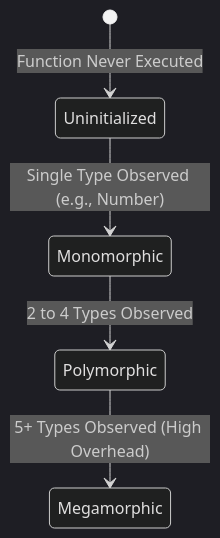
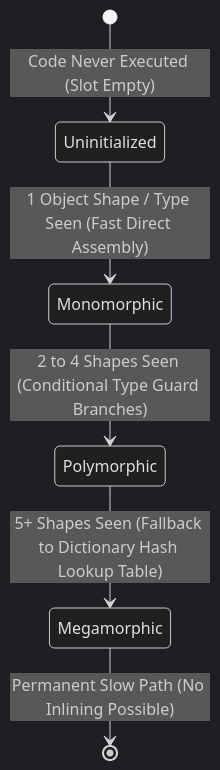
One commit to Amie-dev/engineering-playbook changed the second of 4 diagrams in js-internals/03-compilation-pipeline.md. Above: the diagram before and after it, drawn with Mermaid (dark theme). The commit also changed other lines of this file and 17 other files, not shown here.

````diff
--- a/js-internals/03-compilation-pipeline.md
+++ b/js-internals/03-compilation-pipeline.md
@@ -49,7 +70,8 @@
 ```mermaid
 stateDiagram-v2
-    [*] --> Uninitialized: Function Never Executed
-    Uninitialized --> Monomorphic: Single Type Observed (e.g., Number)
-    Monomorphic --> Polymorphic: 2 to 4 Types Observed
-    Polymorphic --> Megamorphic: 5+ Types Observed (High Overhead)
+    [*] --> Uninitialized: Code Never Executed (Slot Empty)
+    Uninitialized --> Monomorphic: 1 Object Shape / Type Seen (Fast Direct Assembly)
+    Monomorphic --> Polymorphic: 2 to 4 Shapes Seen (Conditional Type Guard Branches)
+    Polymorphic --> Megamorphic: 5+ Shapes Seen (Fallback to Dictionary Hash Lookup Table)
+    Megamorphic --> [*]: Permanent Slow Path (No Inlining Possible)
 ```
````
